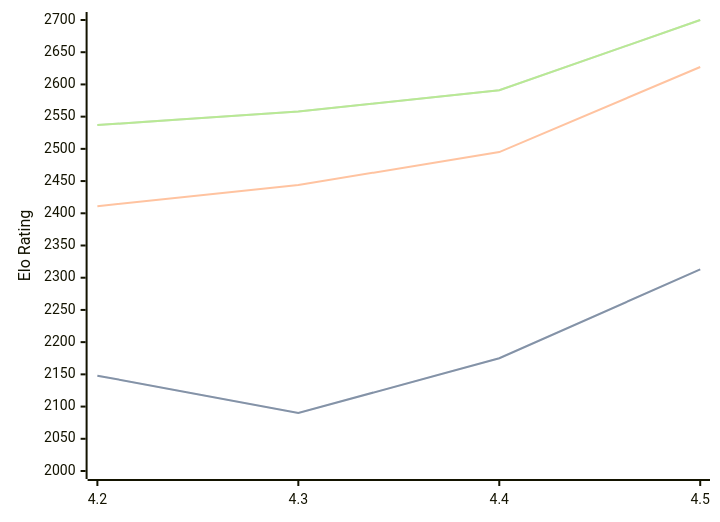
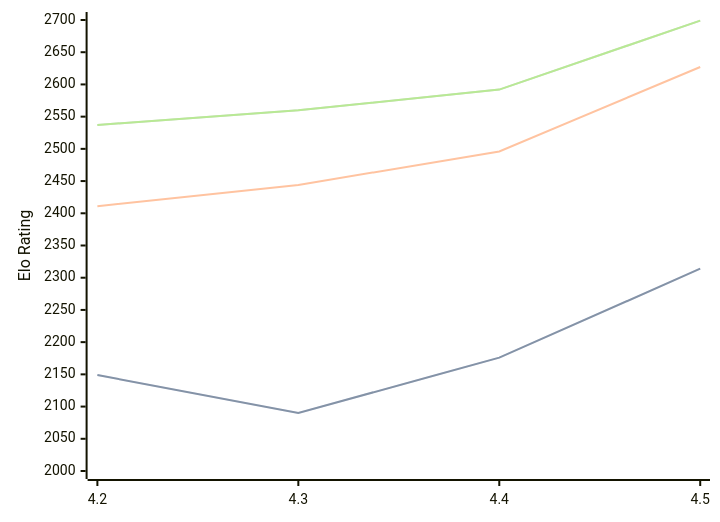
Before and after one commit to computer-chess-index/cci: the diagram in engines/Eubos.md, drawn with Mermaid. The commit also changed other lines of this file, not shown here.

Commit message:
Update CCI Ratings (ELO VLTC) - 2026-07-25

````diff
--- a/engines/Eubos.md
+++ b/engines/Eubos.md
@@ -90,11 +90,11 @@
 ```mermaid
 %%{init: {"theme":"base","themeVariables":{"seriesColors:['#a3a3a3','#222221','#faa371']}}}%%
 xychart-beta
   x-axis ["4.2", "4.3", "4.4", "4.5"]
   y-axis "Elo Rating" 2000 --> 2700
-  line "STC (8.0+0.08s)" [2148, 2090, 2175, 2313]
-  line "STC (8.0+0.08s)" [2148, 2090, 2175, 2313]
-  line "LTC (60.0+0.60s)" [2411, 2444, 2495, 2627]
-  line "VLTC (2m24s+1.12s)" [2537, 2558, 2591, 2700]
-  line "VLTC (2m24s+1.12s)" [2537, 2558, 2591, 2700]
+  line "STC (8.0+0.08s)" [2149, 2090, 2176, 2314]
+  line "STC (8.0+0.08s)" [2149, 2090, 2176, 2314]
+  line "LTC (60.0+0.60s)" [2411, 2444, 2496, 2627]
+  line "VLTC (2m24s+1.12s)" [2537, 2560, 2592, 2699]
+  line "VLTC (2m24s+1.12s)" [2537, 2560, 2592, 2699]
 ```
````
